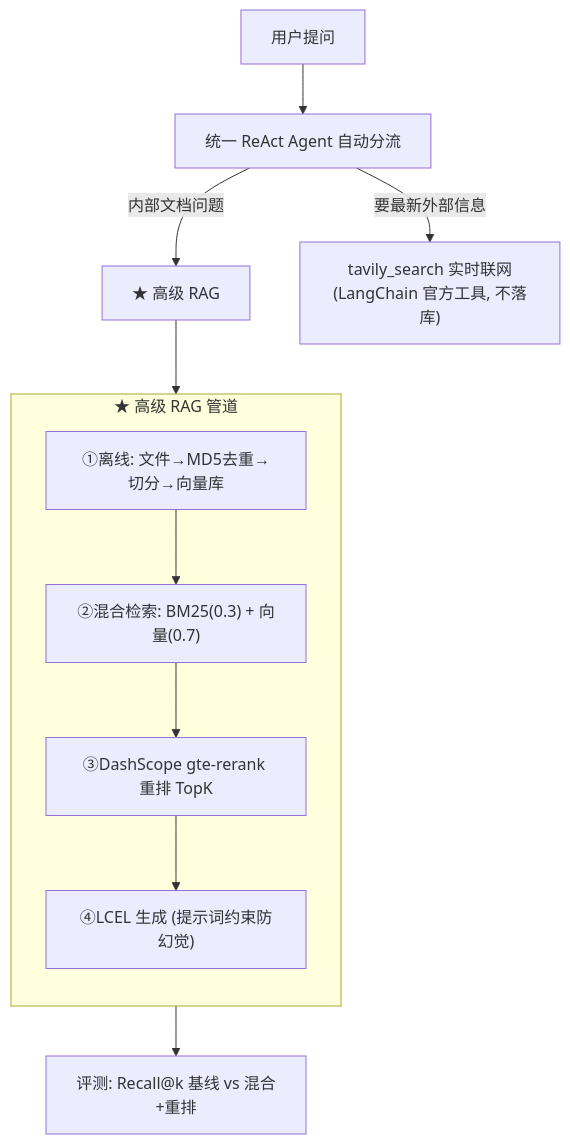
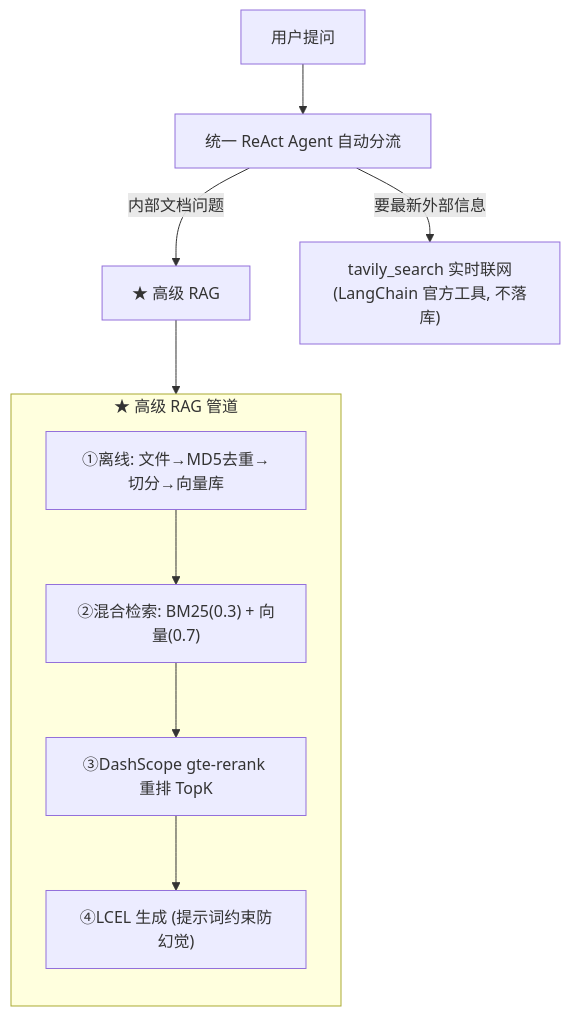
One commit to meiyingg/AI-Agent changed the third of 3 diagrams in README.md. Above: the diagram before and after it, drawn with Mermaid. The commit also changed other lines of this file and 19 other files, not shown here.

````diff
--- a/README.md
+++ b/README.md
@@ -100,16 +100,15 @@
 ```mermaid
 flowchart TD
     U["用户提问"] --> AG["统一 ReAct Agent 自动分流"]
     AG -->|"内部文档问题"| CORE["★ 高级 RAG"]
     AG -->|"要最新外部信息"| WS["tavily_search 实时联网<br/>(LangChain 官方工具, 不落库)"]
 
     subgraph CORE2 ["★ 高级 RAG 管道"]
         direction TB
         I["①离线: 文件→MD5去重→切分→向量库"]
         I --> H["②混合检索: BM25(0.3) + 向量(0.7)"]
         H --> R["③DashScope gte-rerank 重排 TopK"]
         R --> G["④LCEL 生成 (提示词约束防幻觉)"]
     end
     CORE --> CORE2
-    CORE2 --> EV["评测: Recall@k 基线 vs 混合+重排"]
 ```
````
